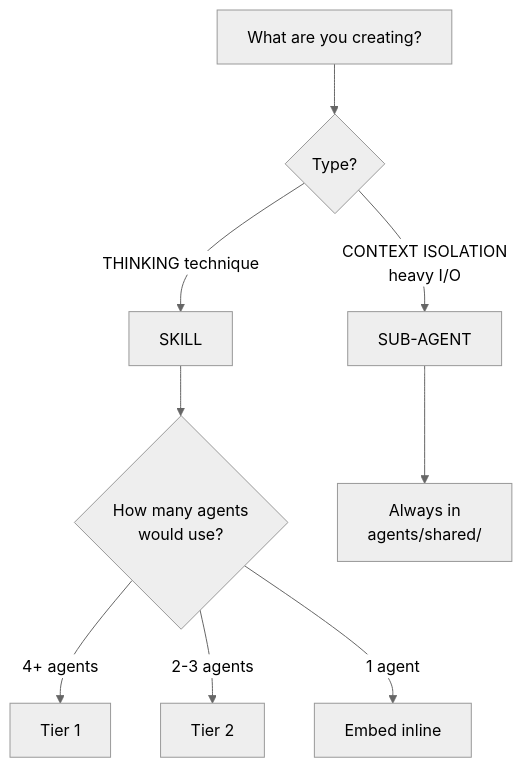
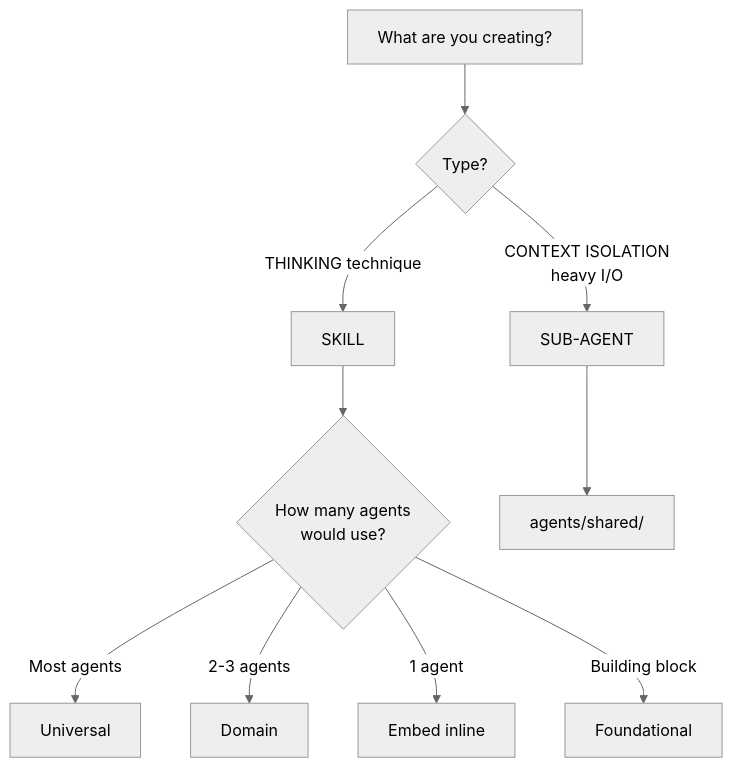
Before and after one commit to fernandobandeira/djinn: the diagram in .memory/Architecture.md, drawn with Mermaid (neutral theme). The commit also changed other lines of this file and 23 other files, not shown here.

````diff
--- a/.memory/Architecture.md
+++ b/.memory/Architecture.md
@@ -157,13 +160,14 @@
 ```mermaid
 flowchart TD
     A[What are you creating?] --> B{Type?}
     B -->|THINKING technique| C[SKILL]
     B -->|CONTEXT ISOLATION<br>heavy I/O| D[SUB-AGENT]
     
     C --> E{How many agents<br>would use?}
-    E -->|4+ agents| F[Tier 1]
-    E -->|2-3 agents| G[Tier 2]
+    E -->|Most agents| F[Universal]
+    E -->|2-3 agents| G[Domain]
     E -->|1 agent| H[Embed inline]
+    E -->|Building block| I[Foundational]
     
-    D --> I[Always in<br>agents/shared/]
+    D --> J[agents/shared/]
 ```
````
